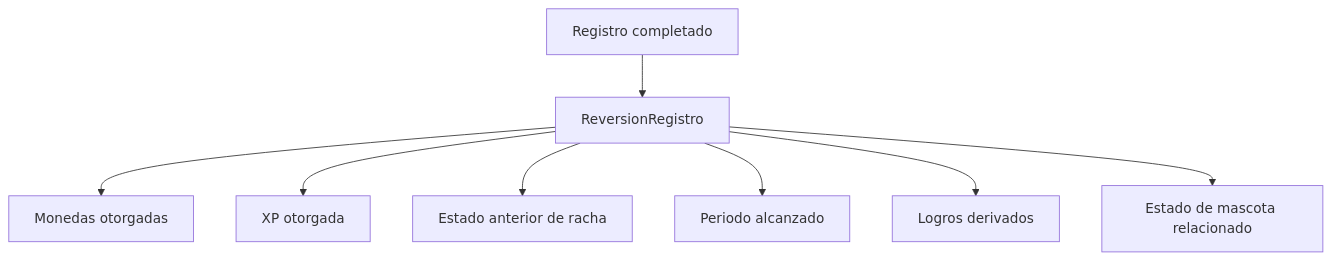
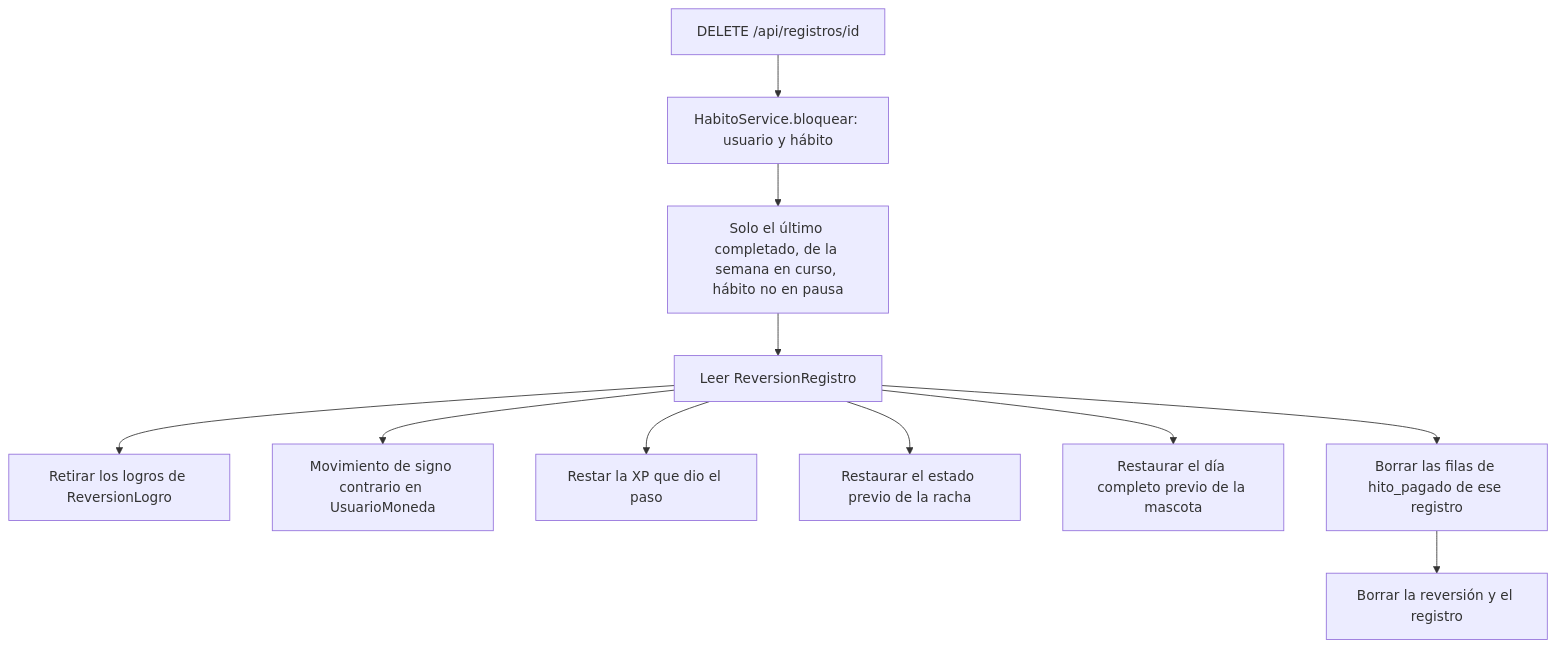
One commit to jgrabalosa/habitos-app changed the eighth of 8 diagrams in docs/Logicas/05-diagramas-uml.md. Above: the diagram before and after it, drawn with Mermaid. The commit also changed other lines of this file, not shown here.

First line of the commit message:
05: diagramas con el modelo y los flujos reales de wip-enfoque

````diff
--- a/docs/Logicas/05-diagramas-uml.md
+++ b/docs/Logicas/05-diagramas-uml.md
@@ -212,10 +573,13 @@
 ```mermaid
 flowchart TD
-    Registro[Registro completado] --> Reversion[ReversionRegistro]
-    Reversion --> Monedas[Monedas otorgadas]
-    Reversion --> XP[XP otorgada]
-    Reversion --> Racha[Estado anterior de racha]
-    Reversion --> Periodo[Periodo alcanzado]
-    Reversion --> Logros[Logros derivados]
-    Reversion --> Mascota[Estado de mascota relacionado]
+    Deshacer[DELETE /api/registros/id] --> Bloqueo[HabitoService.bloquear: usuario y hábito]
+    Bloqueo --> Reglas[Solo el último completado, de la semana en curso, hábito no en pausa]
+    Reglas --> Reversion[Leer ReversionRegistro]
+    Reversion --> Logros[Retirar los logros de ReversionLogro]
+    Reversion --> Monedas[Movimiento de signo contrario en UsuarioMoneda]
+    Reversion --> XP[Restar la XP que dio el paso]
+    Reversion --> Racha[Restaurar el estado previo de la racha]
+    Reversion --> Mascota[Restaurar el día completo previo de la mascota]
+    Reversion --> Hito[Borrar las filas de hito_pagado de ese registro]
+    Hito --> Borrar[Borrar la reversión y el registro]
 ```
````
